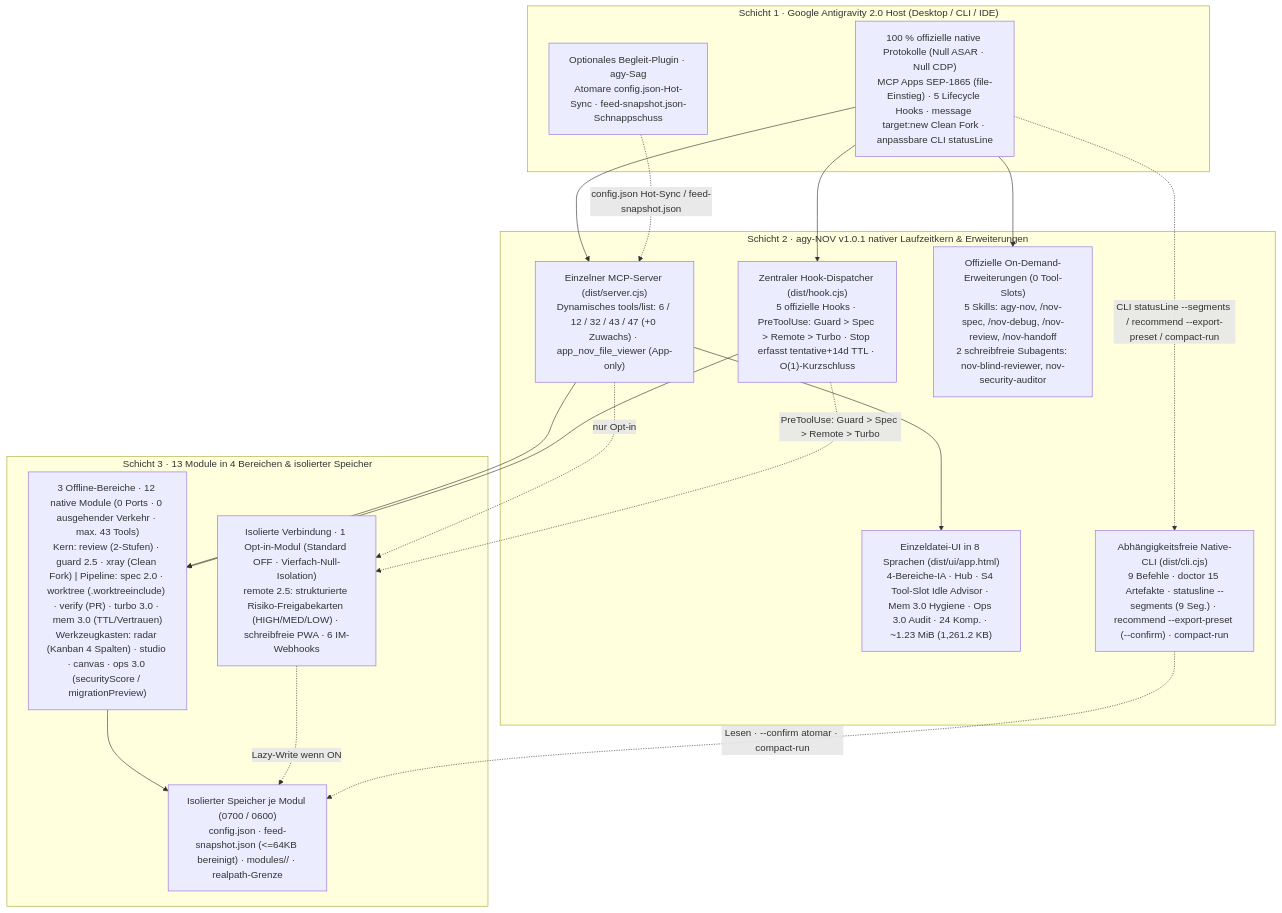
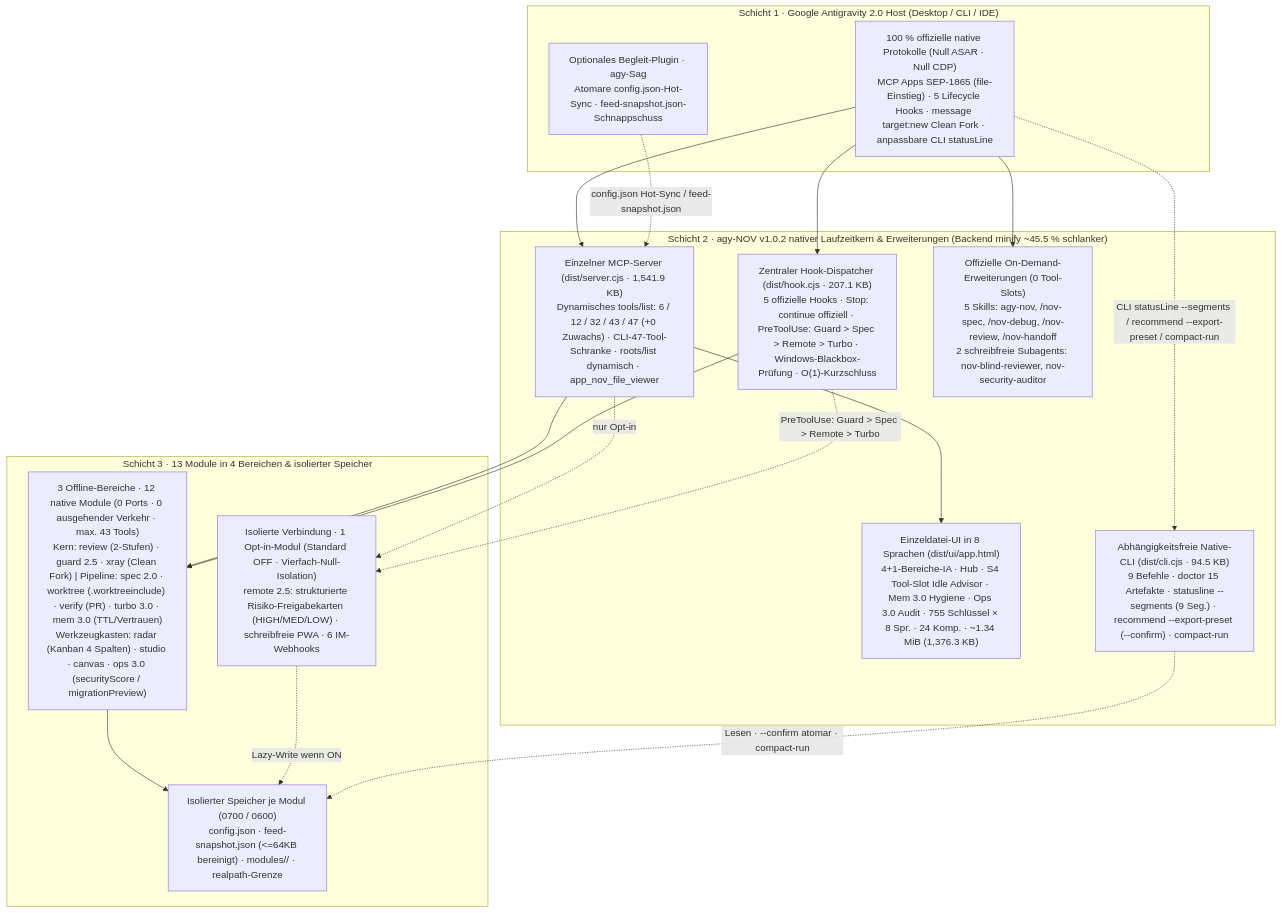
One commit to tone-leh/agy-NOV changed the diagram in docs/i18n/README.de.md. Above: the diagram before and after it, drawn with Mermaid. The commit also changed other lines of this file and 84 other files, not shown here.

Commit message:
fix(v1.0.2): Antigravity 2.35+ runtime hardening, CLI 47-tool gate, dynamic roots, 755-key 8-locale UI & 45% bundle minification

````diff
--- a/docs/i18n/README.de.md
+++ b/docs/i18n/README.de.md
@@ -241,35 +245,35 @@
 ```mermaid
 flowchart TB
   subgraph L1["Schicht 1 · Google Antigravity 2.0 Host (Desktop / CLI / IDE)"]
     Host["100 % offizielle native Protokolle (Null ASAR · Null CDP)\nMCP Apps SEP-1865 (file-Einstieg) · 5 Lifecycle Hooks · message target:new Clean Fork · anpassbare CLI statusLine"]
     Sag["Optionales Begleit-Plugin · agy-Sag\nAtomare config.json-Hot-Sync · feed-snapshot.json-Schnappschuss"]
   end
 
-  subgraph L2["Schicht 2 · agy-NOV v1.0.1 nativer Laufzeitkern & Erweiterungen"]
-    MCP["Einzelner MCP-Server (dist/server.cjs)\nDynamisches tools/list: 6 / 12 / 32 / 43 / 47 (+0 Zuwachs) · app_nov_file_viewer (App-only)"]
-    Hook["Zentraler Hook-Dispatcher (dist/hook.cjs)\n5 offizielle Hooks · PreToolUse: Guard > Spec > Remote > Turbo · Stop erfasst tentative+14d TTL · O(1)-Kurzschluss"]
-    UI["Einzeldatei-UI in 8 Sprachen (dist/ui/app.html)\n4-Bereiche-IA · Hub · S4 Tool-Slot Idle Advisor · Mem 3.0 Hygiene · Ops 3.0 Audit · 24 Komp. · ~1.23 MiB (1,261.2 KB)"]
+  subgraph L2["Schicht 2 · agy-NOV v1.0.2 nativer Laufzeitkern & Erweiterungen (Backend minify ~45.5 % schlanker)"]
+    MCP["Einzelner MCP-Server (dist/server.cjs · 1,541.9 KB)\nDynamisches tools/list: 6 / 12 / 32 / 43 / 47 (+0 Zuwachs) · CLI-47-Tool-Schranke · roots/list dynamisch · app_nov_file_viewer"]
+    Hook["Zentraler Hook-Dispatcher (dist/hook.cjs · 207.1 KB)\n5 offizielle Hooks · Stop: continue offiziell · PreToolUse: Guard > Spec > Remote > Turbo · Windows-Blackbox-Prüfung · O(1)-Kurzschluss"]
+    UI["Einzeldatei-UI in 8 Sprachen (dist/ui/app.html)\n4+1-Bereiche-IA · Hub · S4 Tool-Slot Idle Advisor · Mem 3.0 Hygiene · Ops 3.0 Audit · 755 Schlüssel × 8 Spr. · 24 Komp. · ~1.34 MiB (1,376.3 KB)"]
     Ext["Offizielle On-Demand-Erweiterungen (0 Tool-Slots)\n5 Skills: agy-nov, /nov-spec, /nov-debug, /nov-review, /nov-handoff\n2 schreibfreie Subagents: nov-blind-reviewer, nov-security-auditor"]
-    CLI["Abhängigkeitsfreie Native-CLI (dist/cli.cjs)\n9 Befehle · doctor 15 Artefakte · statusline --segments (9 Seg.) · recommend --export-preset (--confirm) · compact-run"]
+    CLI["Abhängigkeitsfreie Native-CLI (dist/cli.cjs · 94.5 KB)\n9 Befehle · doctor 15 Artefakte · statusline --segments (9 Seg.) · recommend --export-preset (--confirm) · compact-run"]
   end
 
   subgraph L3["Schicht 3 · 13 Module in 4 Bereichen & isolierter Speicher"]
     T1["3 Offline-Bereiche · 12 native Module (0 Ports · 0 ausgehender Verkehr · max. 43 Tools)\nKern: review (2-Stufen) · guard 2.5 · xray (Clean Fork) | Pipeline: spec 2.0 · worktree (.worktreeinclude) · verify (PR) · turbo 3.0 · mem 3.0 (TTL/Vertrauen)\nWerkzeugkasten: radar (Kanban 4 Spalten) · studio · canvas · ops 3.0 (securityScore / migrationPreview)"]
     T2R["Isolierte Verbindung · 1 Opt-in-Modul (Standard OFF · Vierfach-Null-Isolation)\nremote 2.5: strukturierte Risiko-Freigabekarten (HIGH/MED/LOW) · schreibfreie PWA · 6 IM-Webhooks"]
     Store["Isolierter Speicher je Modul (0700 / 0600)\nconfig.json · feed-snapshot.json (<=64KB bereinigt) · modules/<id>/ · realpath-Grenze"]
   end
 
   Host --> MCP
   Host --> Hook
   Host --> Ext
   Host -. "CLI statusLine --segments / recommend --export-preset / compact-run" .-> CLI
   Sag -. "config.json Hot-Sync / feed-snapshot.json" .-> MCP
   MCP --> UI
   MCP --> T1
   MCP -. "nur Opt-in" .-> T2R
   Hook --> T1
   Hook -. "PreToolUse: Guard > Spec > Remote > Turbo" .-> T2R
   T1 --> Store
   T2R -. "Lazy-Write wenn ON" .-> Store
   CLI -. "Lesen · --confirm atomar · compact-run" .-> Store
 ```
````
